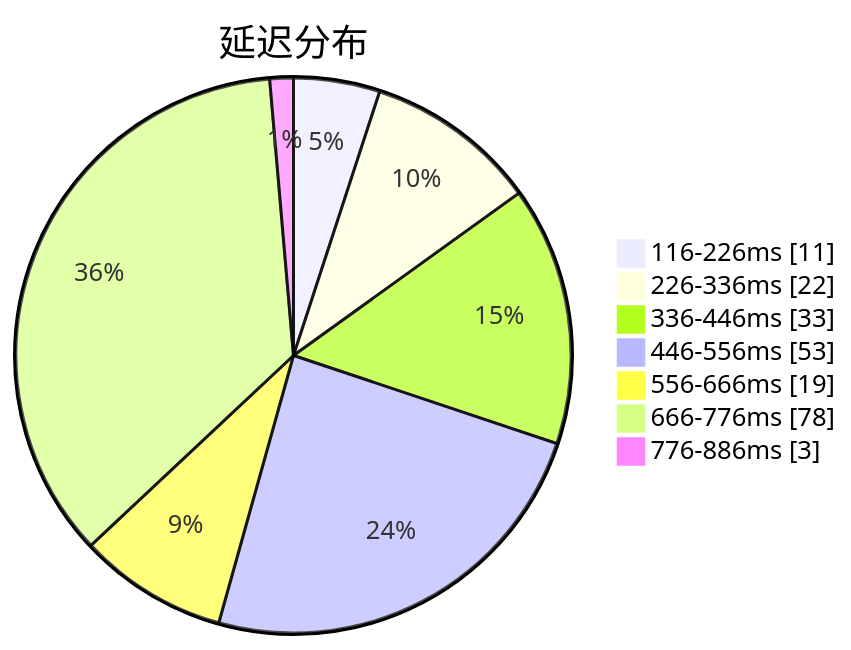
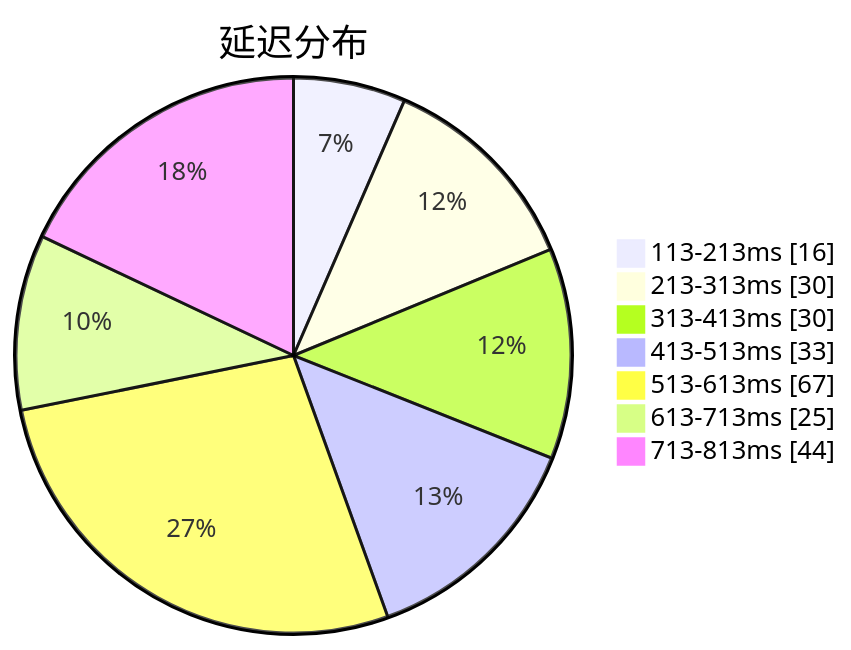
Before and after one commit to sinspired/airport: the first of 3 diagrams in subs/statistics/tested_within.md, drawn with Mermaid. The commit also changed other lines of this file and 2 other files, not shown here.

````diff
--- a/subs/statistics/tested_within.md
+++ b/subs/statistics/tested_within.md
@@ -2,11 +2,11 @@
 ```mermaid
 pie showData
 title 延迟分布
-"116-226ms" : 11
-"226-336ms" : 22
-"336-446ms" : 33
-"446-556ms" : 53
-"556-666ms" : 19
-"666-776ms" : 78
-"776-886ms" : 3
+"113-213ms" : 16
+"213-313ms" : 30
+"313-413ms" : 30
+"413-513ms" : 33
+"513-613ms" : 67
+"613-713ms" : 25
+"713-813ms" : 44
 ```
````
